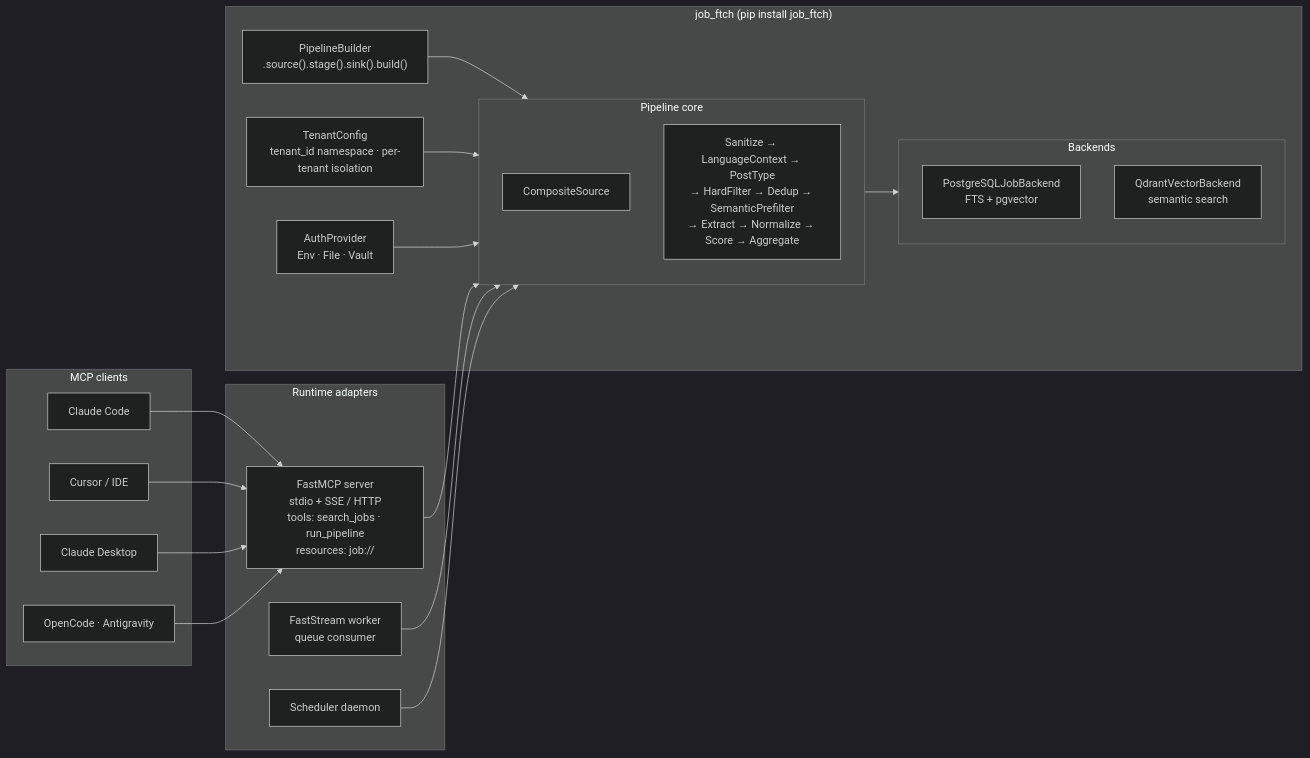
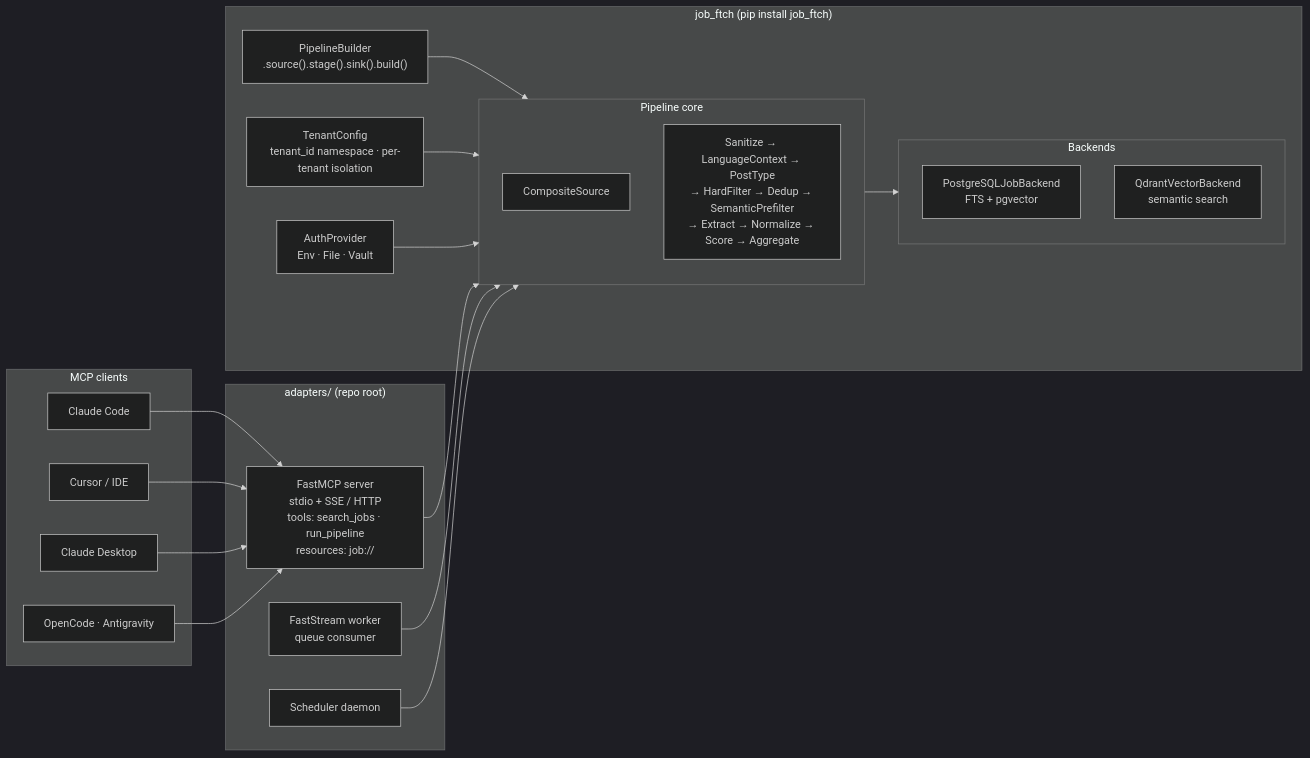
Before and after one commit to letya999/job_ftch: the fourth of 8 diagrams in README.md, drawn with Mermaid (dark theme). The commit also changed other lines of this file and 186 other files, not shown here.

````diff
--- a/README.md
+++ b/README.md
@@ -178,32 +194,32 @@
 ```mermaid
 graph LR
     subgraph LIB["job_ftch  (pip install job_ftch)"]
         PB["PipelineBuilder\n.source().stage().sink().build()"]
         TC["TenantConfig\ntenant_id namespace · per-tenant isolation"]
         AUTH["AuthProvider\nEnv · File · Vault"]
         subgraph CORE["Pipeline core"]
             COMP["CompositeSource"]
         PIPE["Sanitize → LanguageContext → PostType\n→ HardFilter → Dedup → SemanticPrefilter\n→ Extract → Normalize → Score → Aggregate"]
         end
         subgraph BACKENDS["Backends"]
             PG["PostgreSQLJobBackend\nFTS + pgvector"]
             QD["QdrantVectorBackend\nsemantic search"]
         end
     end
-    subgraph ADAPTERS["Runtime adapters"]
+    subgraph ADAPTERS["adapters/ (repo root)"]
         MCP["FastMCP server\nstdio + SSE / HTTP\ntools: search_jobs · run_pipeline\nresources: job://"]
         FST["FastStream worker\nqueue consumer"]
         SCHED["Scheduler daemon"]
     end
     subgraph CLIENTS["MCP clients"]
         CC["Claude Code"]
         CUR["Cursor / IDE"]
         DT["Claude Desktop"]
         OC["OpenCode · Antigravity"]
     end
     PB --> CORE
     TC & AUTH --> CORE
     CORE --> BACKENDS
     MCP & FST & SCHED --> CORE
     CC & CUR & DT & OC --> MCP
 ```
````
